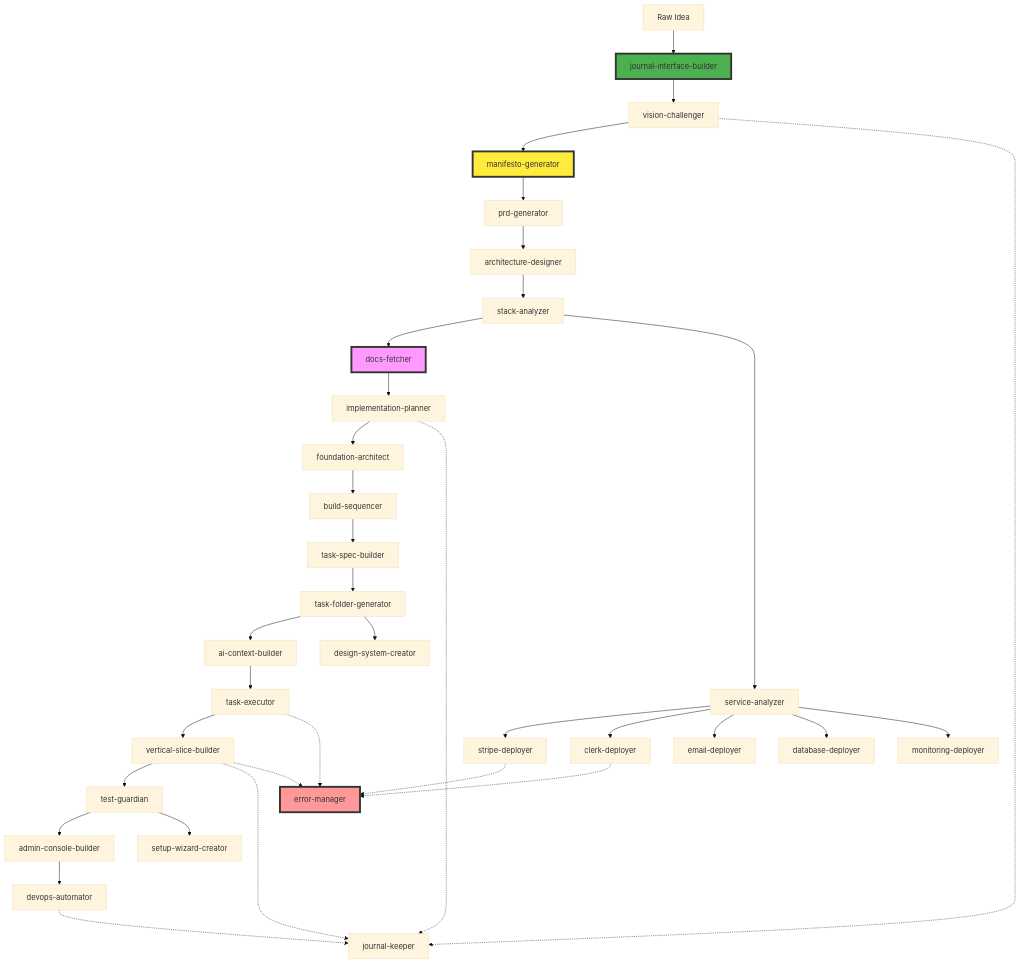
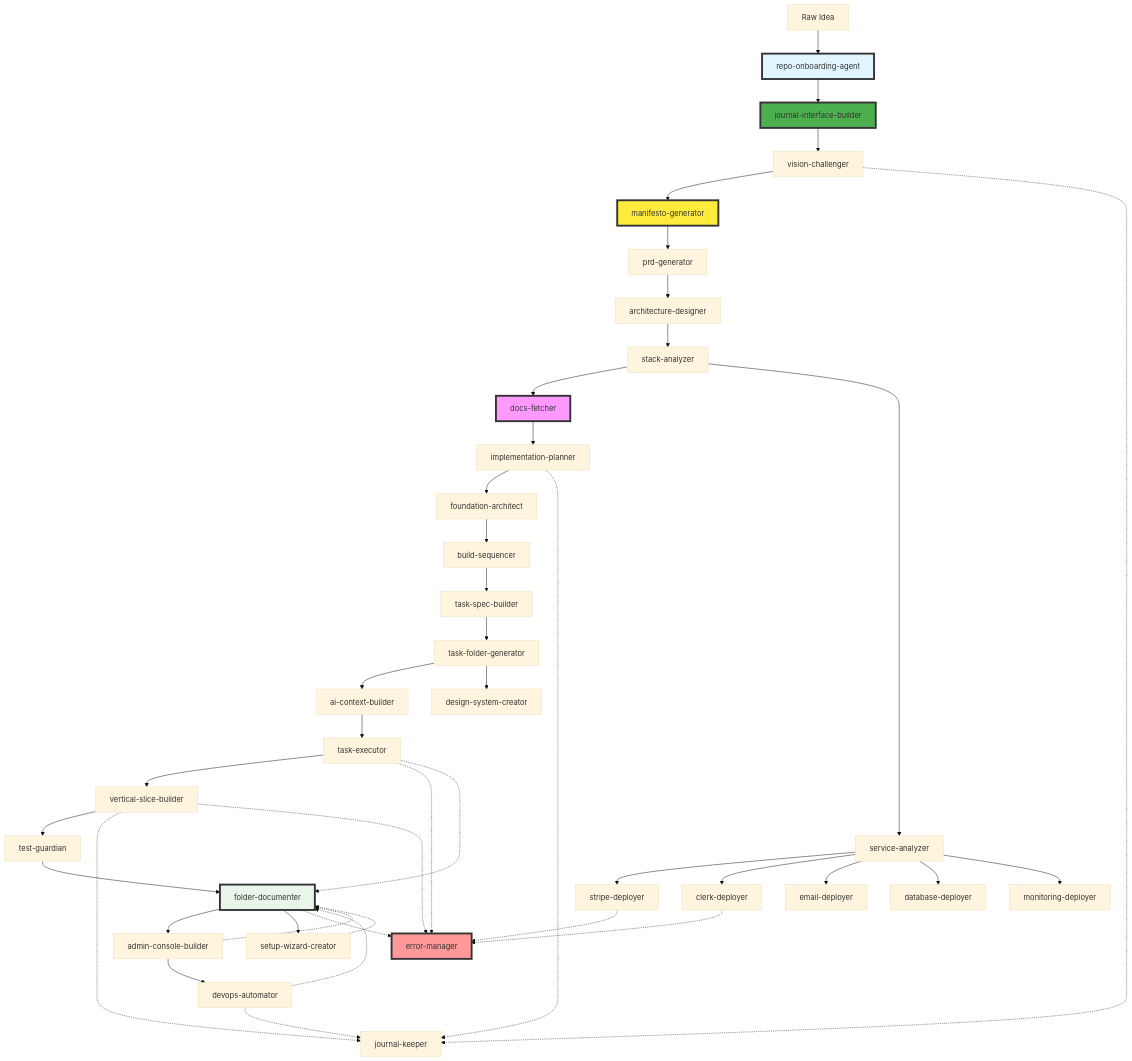
One commit to coreydylan/claude-code-agent-system changed the diagram in docs/CLAUDE_CODE_AGENT_SYSTEM.md. Above: the diagram before and after it, drawn with Mermaid (base theme). The commit also changed other lines of this file and 26 other files, not shown here.

````diff
--- a/docs/CLAUDE_CODE_AGENT_SYSTEM.md
+++ b/docs/CLAUDE_CODE_AGENT_SYSTEM.md
@@ -426,48 +453,58 @@
 ```mermaid
 graph TD
-    A[Raw Idea] --> JI[journal-interface-builder]
+    A[Raw Idea] --> ROA[repo-onboarding-agent]
+    ROA --> JI[journal-interface-builder]
     JI --> B[vision-challenger]
     B --> MG[manifesto-generator]
     MG --> C[prd-generator]
     C --> D[architecture-designer]
     D --> E[stack-analyzer]
     E --> F[docs-fetcher]
     E --> SA[service-analyzer]
     F --> G[implementation-planner]
     G --> H[foundation-architect]
     H --> I[build-sequencer]
     I --> J[task-spec-builder]
     J --> K[task-folder-generator]
 
     SA --> SD[stripe-deployer]
     SA --> CD[clerk-deployer]
     SA --> ED[email-deployer]
     SA --> DD[database-deployer]
     SA --> MD[monitoring-deployer]
 
     K --> L[ai-context-builder]
     K --> M[design-system-creator]
 
     L --> N[task-executor]
     N --> O[vertical-slice-builder]
     O --> P[test-guardian]
+    P --> FD[folder-documenter]
 
-    P --> Q[admin-console-builder]
-    P --> R[setup-wizard-creator]
+    FD --> Q[admin-console-builder]
+    FD --> R[setup-wizard-creator]
     Q --> S[devops-automator]
 
     B -.-> T[journal-keeper]
     G -.-> T
     O -.-> T
     S -.-> T
 
     N -.-> EM[error-manager]
     O -.-> EM
     SD -.-> EM
     CD -.-> EM
+    FD -.-> EM
 
+    N -.-> FD
+    Q -.-> FD
+    R -.-> FD
+    S -.-> FD
+
+    style ROA fill:#e1f5fe,stroke:#333,stroke-width:4px
     style JI fill:#4CAF50,stroke:#333,stroke-width:4px
     style MG fill:#ffeb3b,stroke:#333,stroke-width:4px
     style F fill:#f9f,stroke:#333,stroke-width:4px
+    style FD fill:#e8f5e8,stroke:#333,stroke-width:4px
     style EM fill:#f99,stroke:#333,stroke-width:4px
 ```
````
